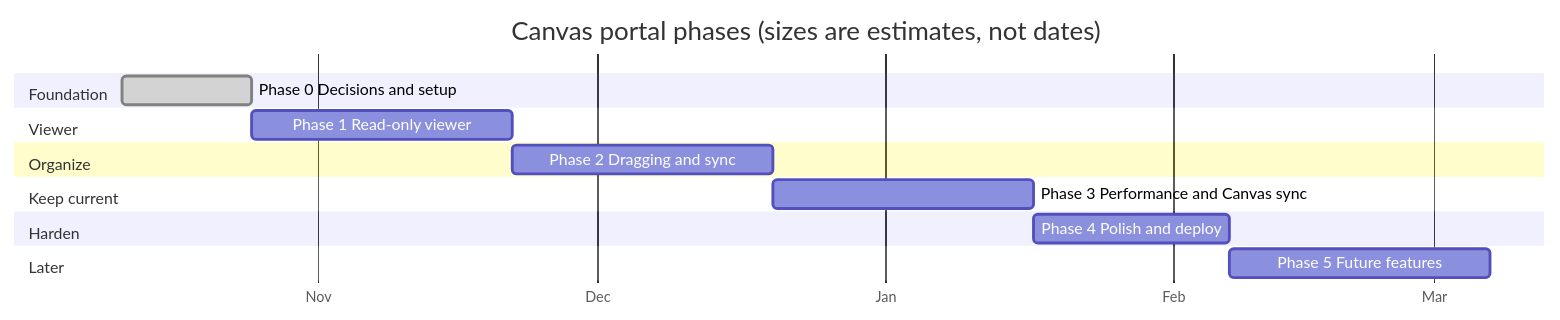
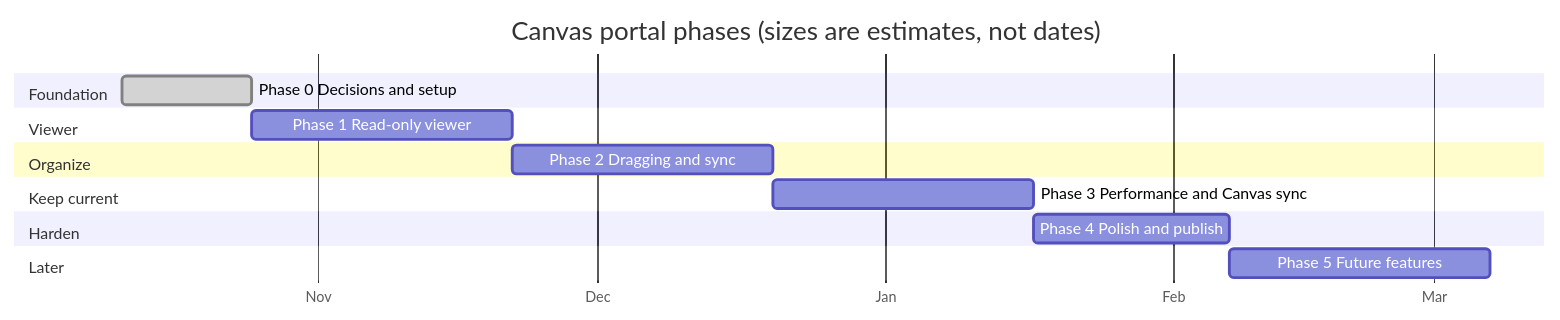
The diagram in docs/canvas-portal/01-roadmap.md (bbranton/TestProj), drawn with Mermaid before and after one commit. The commit also changed other lines of this file, not shown here.

First line of the commit message:
Roadmap: deploy privately at the end of every phase

````diff
--- a/docs/canvas-portal/01-roadmap.md
+++ b/docs/canvas-portal/01-roadmap.md
@@ -21,18 +21,18 @@
 ```mermaid
 gantt
     title Canvas portal phases (sizes are estimates, not dates)
     dateFormat  YYYY-MM-DD
     axisFormat  %b
     section Foundation
     Phase 0 Decisions and setup      :done, p0, 2026-10-11, 14d
     section Viewer
     Phase 1 Read-only viewer         :p1, after p0, 28d
     section Organize
     Phase 2 Dragging and sync        :p2, after p1, 28d
     section Keep current
     Phase 3 Performance and Canvas sync :p3, after p2, 28d
     section Harden
-    Phase 4 Polish and deploy        :p4, after p3, 21d
+    Phase 4 Polish and publish       :p4, after p3, 21d
     section Later
     Phase 5 Future features          :p5, after p4, 28d
 ```
````
